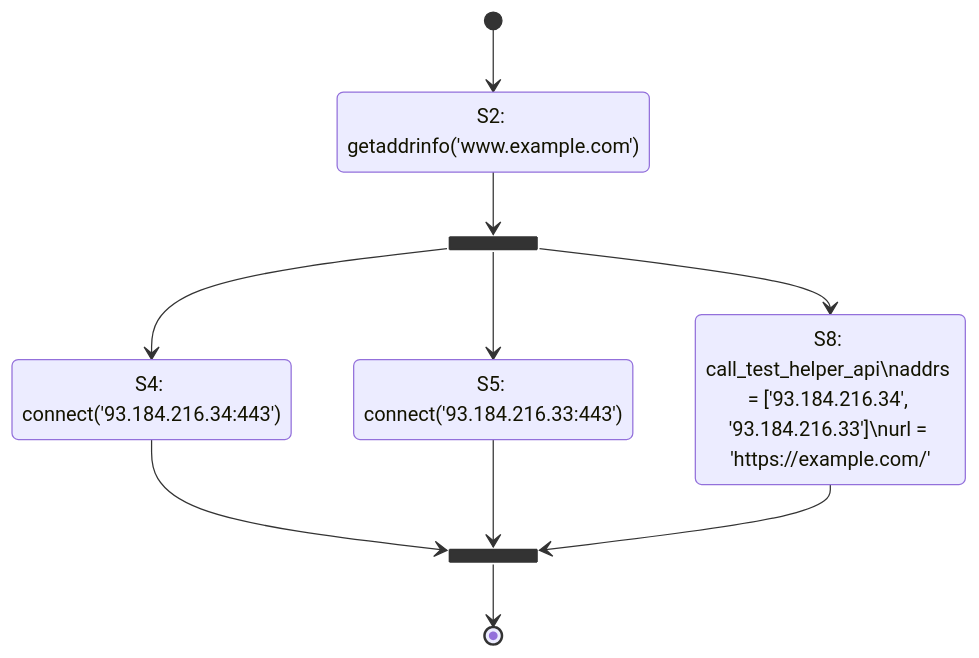
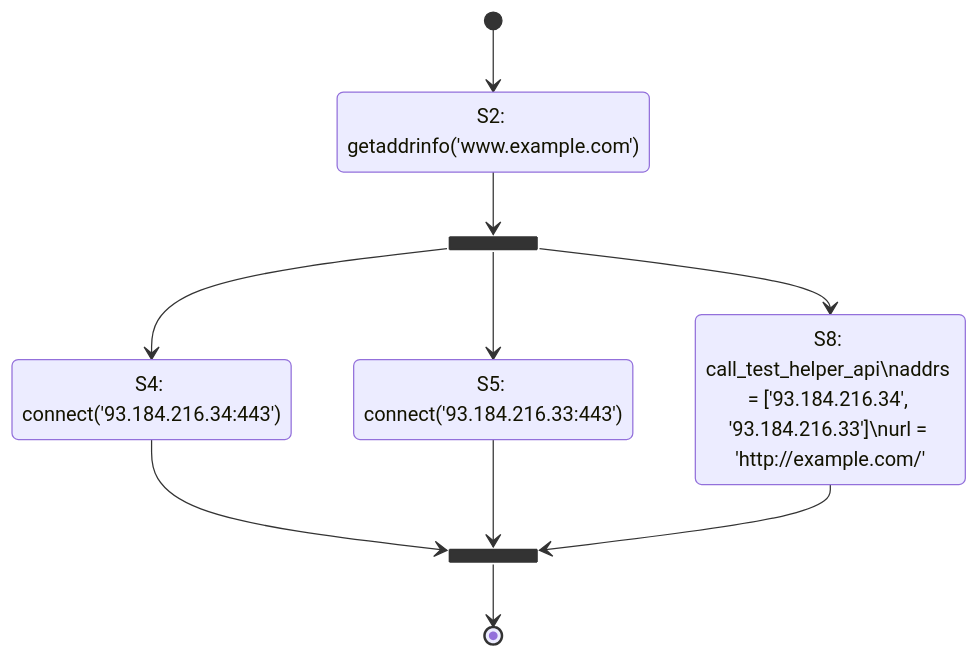
Before and after one commit to ooni/spec: the first of 2 diagrams in nettests/ts-017-web-connectivity.md, drawn with Mermaid.

````diff
--- a/nettests/ts-017-web-connectivity.md
+++ b/nettests/ts-017-web-connectivity.md
@@ -123,18 +123,18 @@
 ```mermaid
 stateDiagram-v2
   state "S2: getaddrinfo('www.example.com')" as S2
   [*] --> S2
   state S3 <<fork>>
   S2 --> S3
   state "S4: connect('93.184.216.34:443')" as S4
   state "S5: connect('93.184.216.33:443')" as S5
   S3 --> S4
   S3 --> S5
-  state "S8: call_test_helper_api\naddrs = ['93.184.216.34', '93.184.216.33']\nurl = 'https://example.com/'" as S8
+  state "S8: call_test_helper_api\naddrs = ['93.184.216.34', '93.184.216.33']\nurl = 'http://example.com/'" as S8
   S3 --> S8
   state S9 <<join>>
   S4 --> S9
   S5 --> S9
   S8 --> S9
   S9 --> [*]
 ```
````
